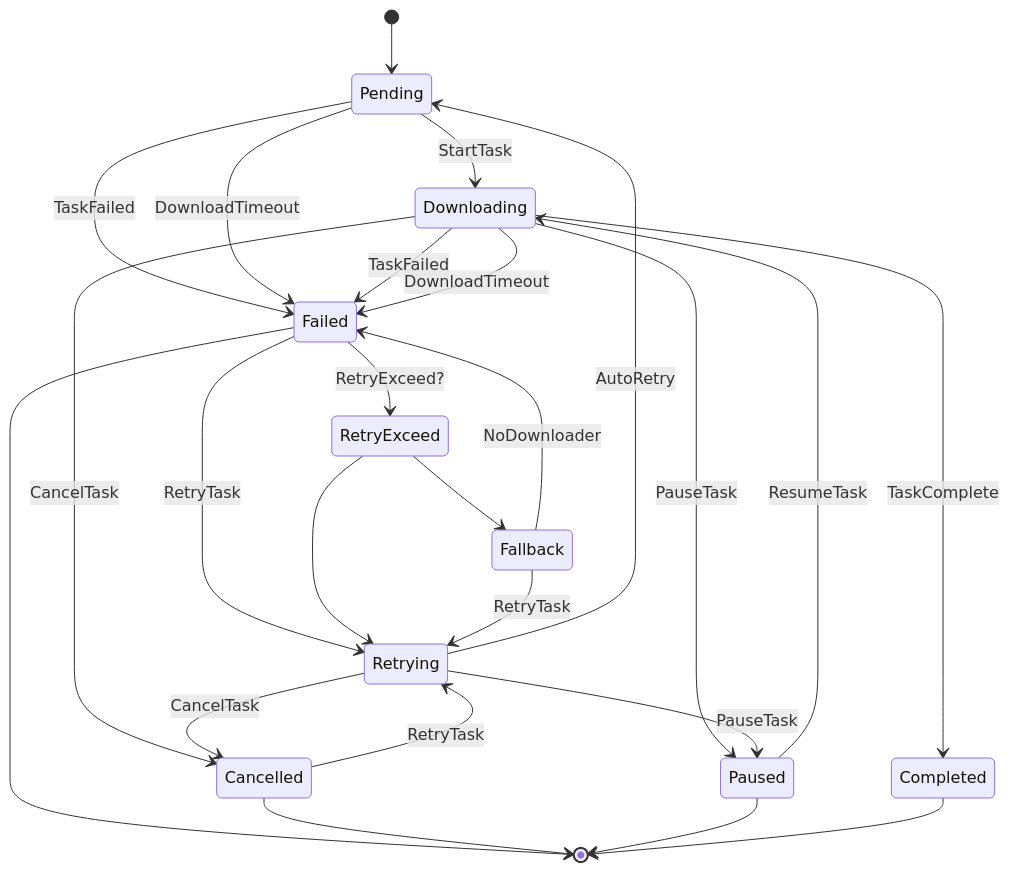
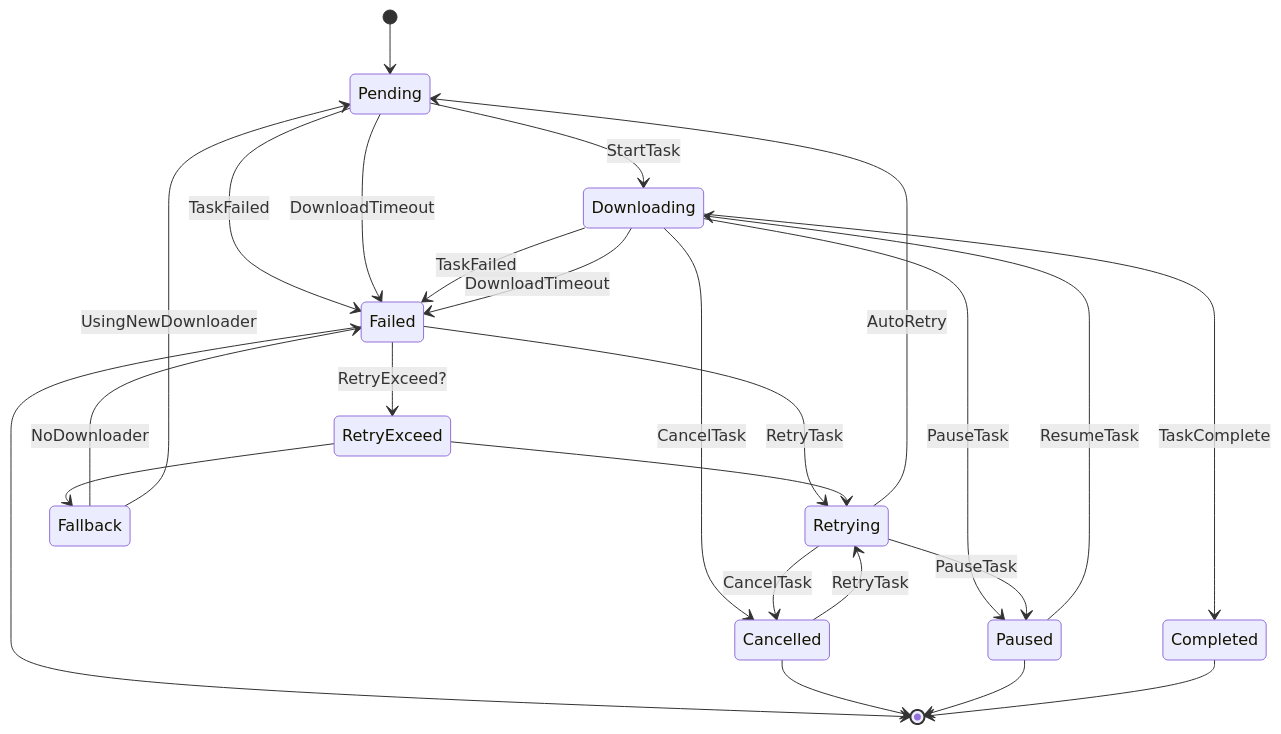
One commit to lyqingye/bangumi-rs changed the diagram in crates/downloader/README.md. Above: the diagram before and after it, drawn with Mermaid. The commit also changed 2 other files, not shown here.

Commit message:
add testcase

````diff
--- a/crates/downloader/README.md
+++ b/crates/downloader/README.md
@@ -3,37 +3,37 @@
 ```mermaid
 stateDiagram
   direction TB
 
 
   [*] --> Pending
   Pending --> Downloading:StartTask
   Pending --> Failed:TaskFailed
   Pending --> Failed:DownloadTimeout
   Downloading --> Completed:TaskComplete
   Downloading --> Failed:TaskFailed
   Downloading --> Cancelled:CancelTask
   Downloading --> Failed:DownloadTimeout
   Downloading --> Paused:PauseTask
 
   Failed --> Retrying:RetryTask
   Failed --> [*]
   Failed --> RetryExceed: RetryExceed?
   state RetryExceed <<choice>>
   RetryExceed --> Fallback
   RetryExceed --> Retrying
 
   Cancelled --> Retrying:RetryTask
   Cancelled --> [*]
 
   Retrying --> Pending:AutoRetry
   Retrying --> Cancelled:CancelTask
   Retrying --> Paused:PauseTask
 
   Paused --> Downloading:ResumeTask
   Paused --> [*]
 
   Fallback --> Failed:NoDownloader
-  Fallback --> Retrying:RetryTask
+  Fallback --> Pending:UsingNewDownloader
 
   Completed --> [*]
 ```
````
